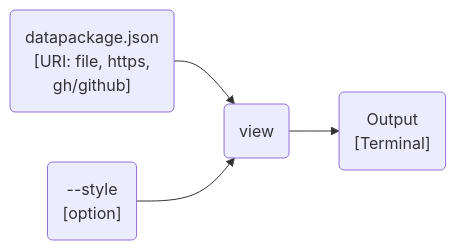
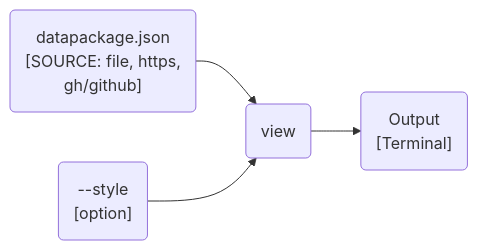
The second of 2 diagrams in docs/design/interface/cli.qmd (seedcase-project/seedcase-flower), drawn with Mermaid before and after one commit. The commit also changed other lines of this file and 11 other files, not shown here.

First line of the commit message:
refactor: :recycle: switch from URI to source (#173)

````diff
--- a/docs/design/interface/cli.qmd
+++ b/docs/design/interface/cli.qmd
@@ -230,13 +224,13 @@
 ```{mermaid}
 %%| label: fig-cli-view-flow
 %%| fig-cap: "The flow of input and output through the CLI `view` command."
 flowchart LR
-    uri("datapackage.json<br>[URI: file, https,<br>gh/github]")
+    source("datapackage.json<br>[SOURCE: file, https,<br>gh/github]")
     view("view")
     style_opt("--style<br>[option]")
     output("Output<br>[Terminal]")
 
-    uri --> view
+    source --> view
     style_opt --> view
     view --> output
 ```
````
